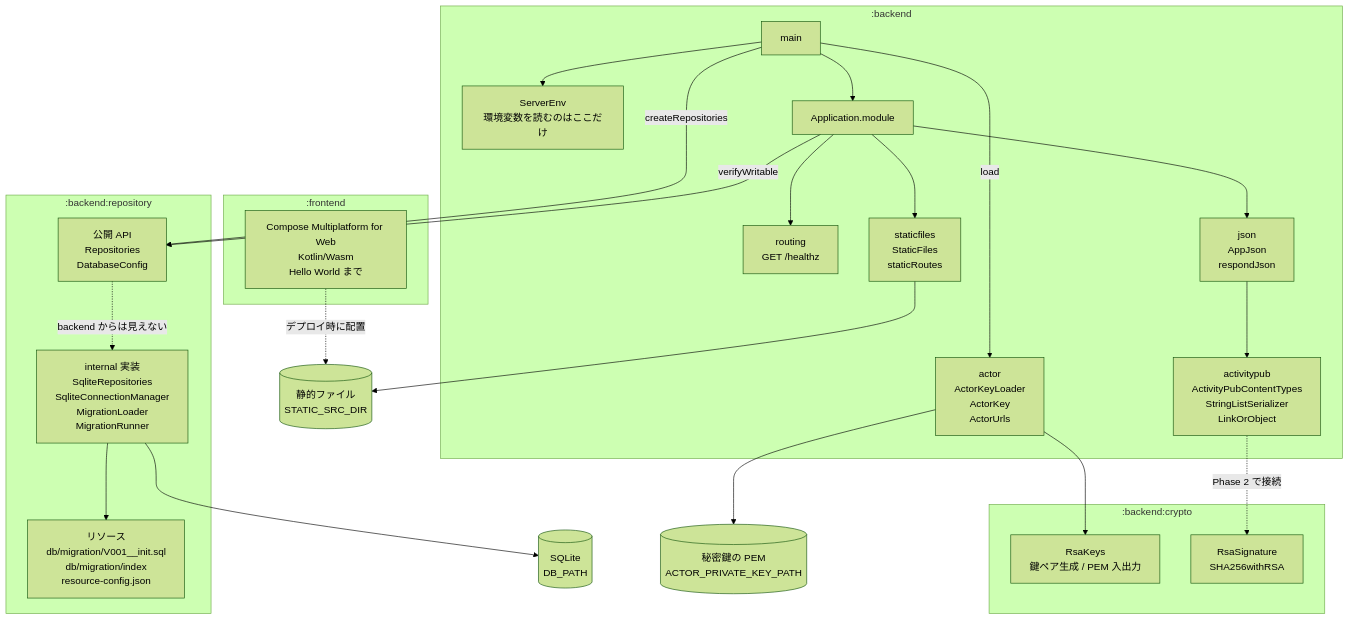
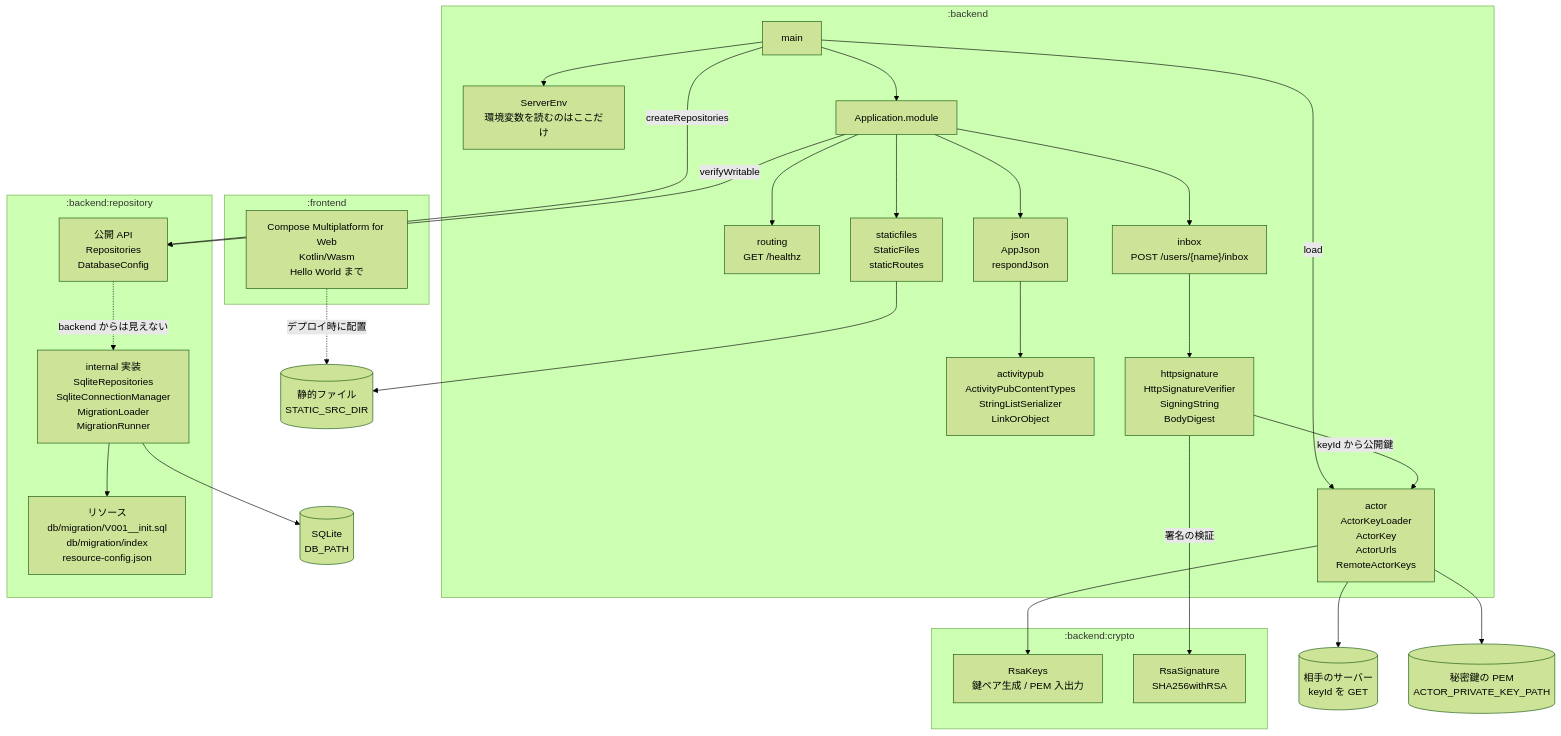
One commit to matsudamper/mastodon-rss changed the diagram in README.md. Above: the diagram before and after it, drawn with Mermaid (forest theme). The commit also changed 27 other files, not shown here.

First line of the commit message:
inbox を受けて HTTP Signatures を検証する

````diff
--- a/README.md
+++ b/README.md
@@ -14,50 +14,57 @@
 ```mermaid
 flowchart TB
     subgraph backend[":backend"]
         main["main"]
         env["ServerEnv<br/>環境変数を読むのはここだけ"]
         module["Application.module"]
         route["routing<br/>GET /healthz"]
         json["json<br/>AppJson<br/>respondJson"]
         ap["activitypub<br/>ActivityPubContentTypes<br/>StringListSerializer<br/>LinkOrObject"]
-        actor["actor<br/>ActorKeyLoader<br/>ActorKey<br/>ActorUrls"]
+        actor["actor<br/>ActorKeyLoader<br/>ActorKey<br/>ActorUrls<br/>RemoteActorKeys"]
+        inbox["inbox<br/>POST /users/{name}/inbox"]
+        sig["httpsignature<br/>HttpSignatureVerifier<br/>SigningString<br/>BodyDigest"]
         static["staticfiles<br/>StaticFiles<br/>staticRoutes"]
     end
 
     subgraph crypto[":backend:crypto"]
         keys["RsaKeys<br/>鍵ペア生成 / PEM 入出力"]
         sign["RsaSignature<br/>SHA256withRSA"]
     end
 
     subgraph repository[":backend:repository"]
         api["公開 API<br/>Repositories<br/>DatabaseConfig"]
         impl["internal 実装<br/>SqliteRepositories<br/>SqliteConnectionManager<br/>MigrationLoader<br/>MigrationRunner"]
         res["リソース<br/>db/migration/V001__init.sql<br/>db/migration/index<br/>resource-config.json"]
     end
 
     subgraph frontend[":frontend"]
         compose["Compose Multiplatform for Web<br/>Kotlin/Wasm<br/>Hello World まで"]
     end
 
     db[("SQLite<br/>DB_PATH")]
 
     main --> env
     main --> module
     module --> json
     module --> route
     json --> ap
     main -->|createRepositories| api
     main -->|load| actor
     module -->|verifyWritable| api
     api -.->|backend からは見えない| impl
     impl --> res
     impl --> db
     actor --> keys
-    ap -.->|Phase 2 で接続| sign
+    module --> inbox
+    inbox --> sig
+    sig -->|署名の検証| sign
+    sig -->|keyId から公開鍵| actor
+    remote[("相手のサーバー<br/>keyId を GET")]
+    actor --> remote
     key[("秘密鍵の PEM<br/>ACTOR_PRIVATE_KEY_PATH")]
     actor --> key
     dist[("静的ファイル<br/>STATIC_SRC_DIR")]
     module --> static
     static --> dist
     compose -.->|デプロイ時に配置| dist
 ```
````
